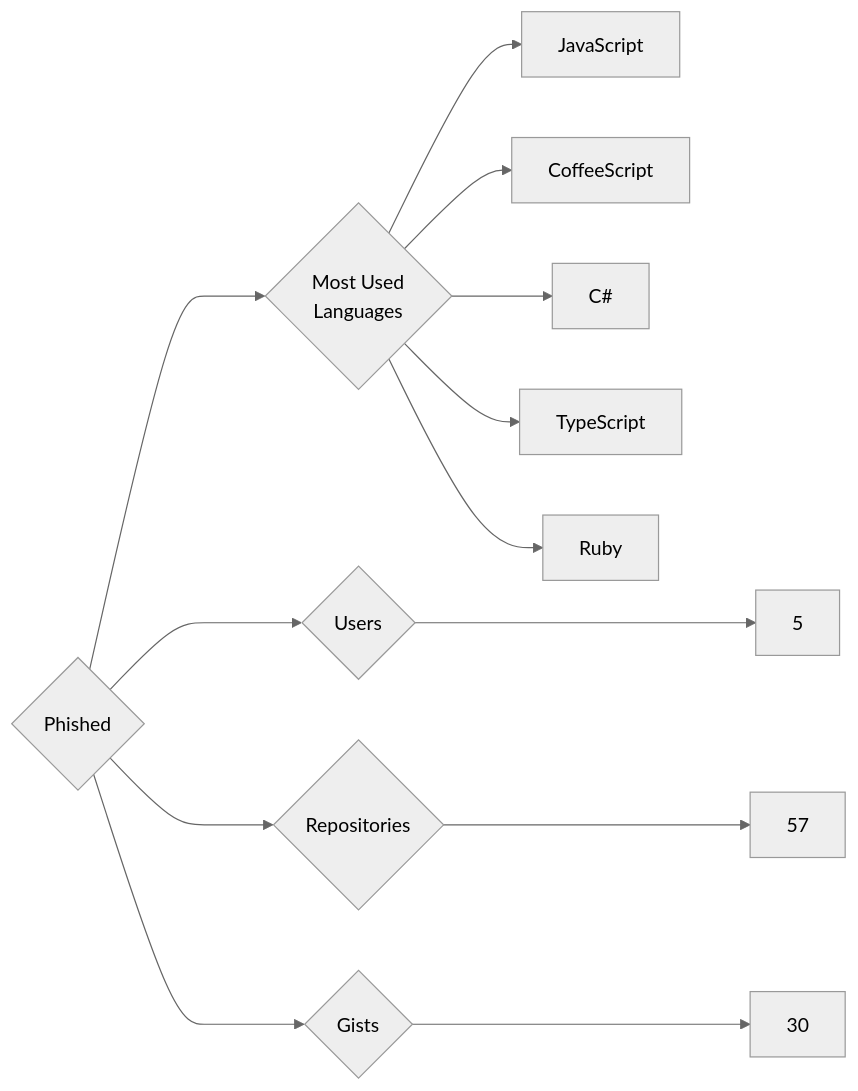
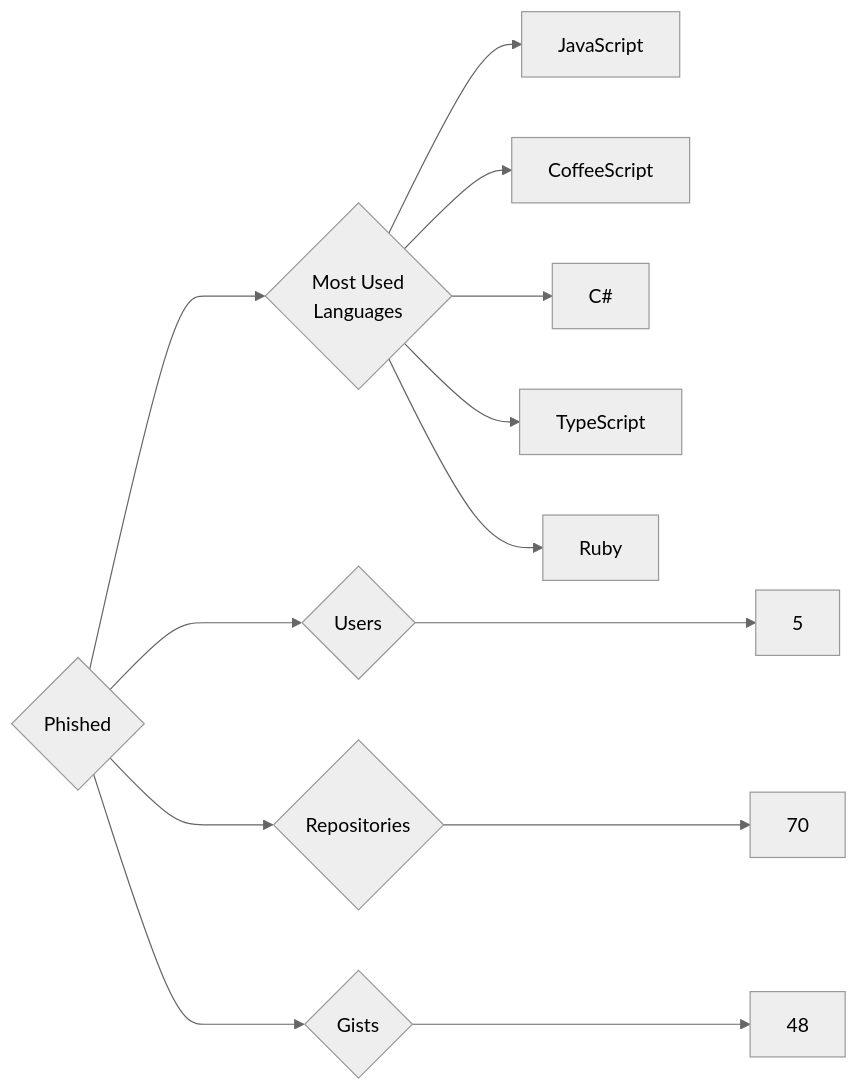
One commit to trickest/insiders changed the diagram in targets/Phished/README.md. Above: the diagram before and after it, drawn with Mermaid (neutral theme). The commit also changed 928 other files, not shown here.

````diff
--- a/targets/Phished/README.md
+++ b/targets/Phished/README.md
@@ -3,13 +3,13 @@
 ```mermaid
 graph LR
 COMPANY_NAME{Phished}
 COMPANY_NAME ---> U{Users} ---> UN[5]
-COMPANY_NAME ---> R{Repositories} ---> RN[57]
-COMPANY_NAME ---> G{Gists} ---> GN[30]
+COMPANY_NAME ---> R{Repositories} ---> RN[70]
+COMPANY_NAME ---> G{Gists} ---> GN[48]
 COMPANY_NAME ---> ML{Most Used<br>Languages}
 ML --> JavaScript[JavaScript]
 ML --> CoffeeScript[CoffeeScript]
 ML --> C#[C#]
 ML --> TypeScript[TypeScript]
 ML --> Ruby[Ruby]
 ```
````
